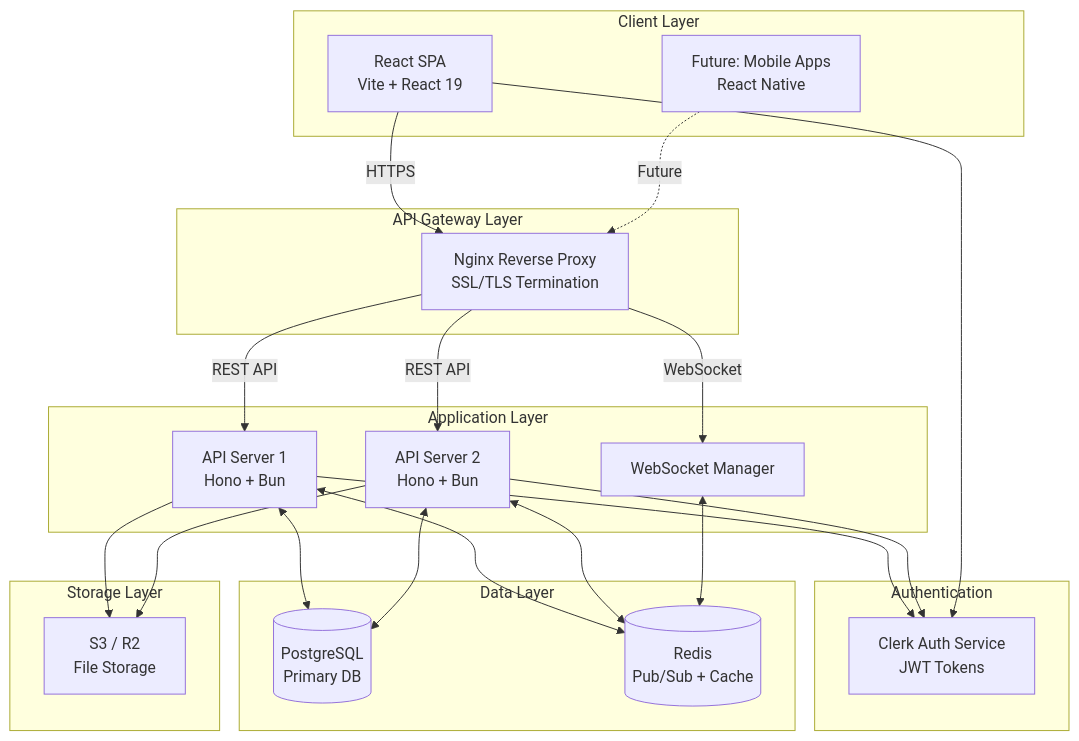
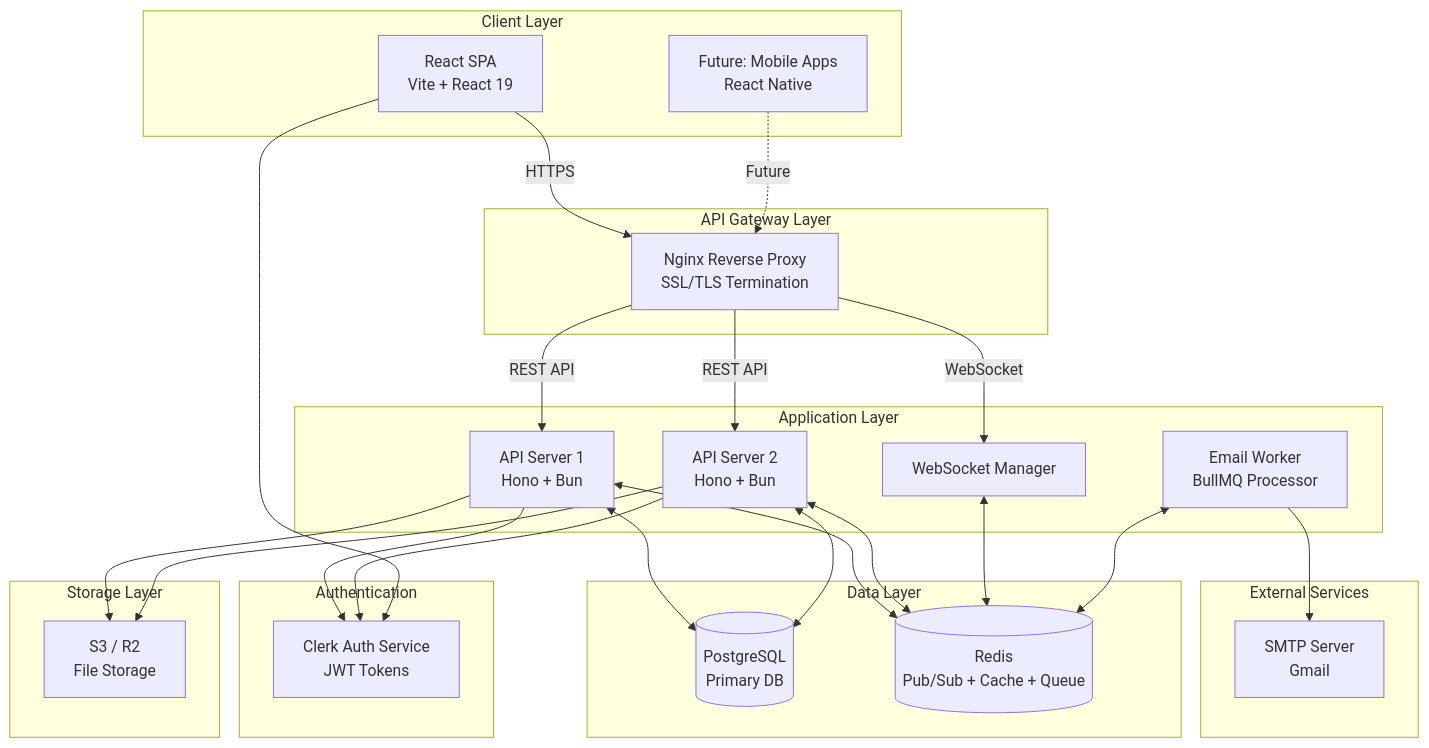
The first of 13 diagrams in docs/system-architecture.md (khoipn21/nexa-task), drawn with Mermaid before and after one commit. The commit also changed other lines of this file and 45 other files, not shown here.

````diff
--- a/docs/system-architecture.md
+++ b/docs/system-architecture.md
@@ -13,48 +13,55 @@
 ```mermaid
 graph TB
     subgraph "Client Layer"
         Web[React SPA<br/>Vite + React 19]
         Mobile[Future: Mobile Apps<br/>React Native]
     end
 
     subgraph "API Gateway Layer"
         Nginx[Nginx Reverse Proxy<br/>SSL/TLS Termination]
     end
 
     subgraph "Application Layer"
         API1[API Server 1<br/>Hono + Bun]
         API2[API Server 2<br/>Hono + Bun]
         WS[WebSocket Manager]
+        Worker[Email Worker<br/>BullMQ Processor]
     end
 
     subgraph "Authentication"
         Clerk[Clerk Auth Service<br/>JWT Tokens]
     end
 
     subgraph "Data Layer"
         PG[(PostgreSQL<br/>Primary DB)]
-        Redis[(Redis<br/>Pub/Sub + Cache)]
+        Redis[(Redis<br/>Pub/Sub + Cache + Queue)]
     end
 
     subgraph "Storage Layer"
         S3[S3 / R2<br/>File Storage]
+    end
+
+    subgraph "External Services"
+        SMTP[SMTP Server<br/>Gmail]
     end
 
     Web -->|HTTPS| Nginx
     Mobile -.->|Future| Nginx
     Nginx -->|REST API| API1
     Nginx -->|REST API| API2
     Nginx -->|WebSocket| WS
 
     API1 --> Clerk
     API2 --> Clerk
     API1 <--> PG
     API2 <--> PG
     API1 <--> Redis
     API2 <--> Redis
     WS <--> Redis
+    Worker <--> Redis
+    Worker --> SMTP
     API1 --> S3
     API2 --> S3
 
     Web --> Clerk
 ```
````
